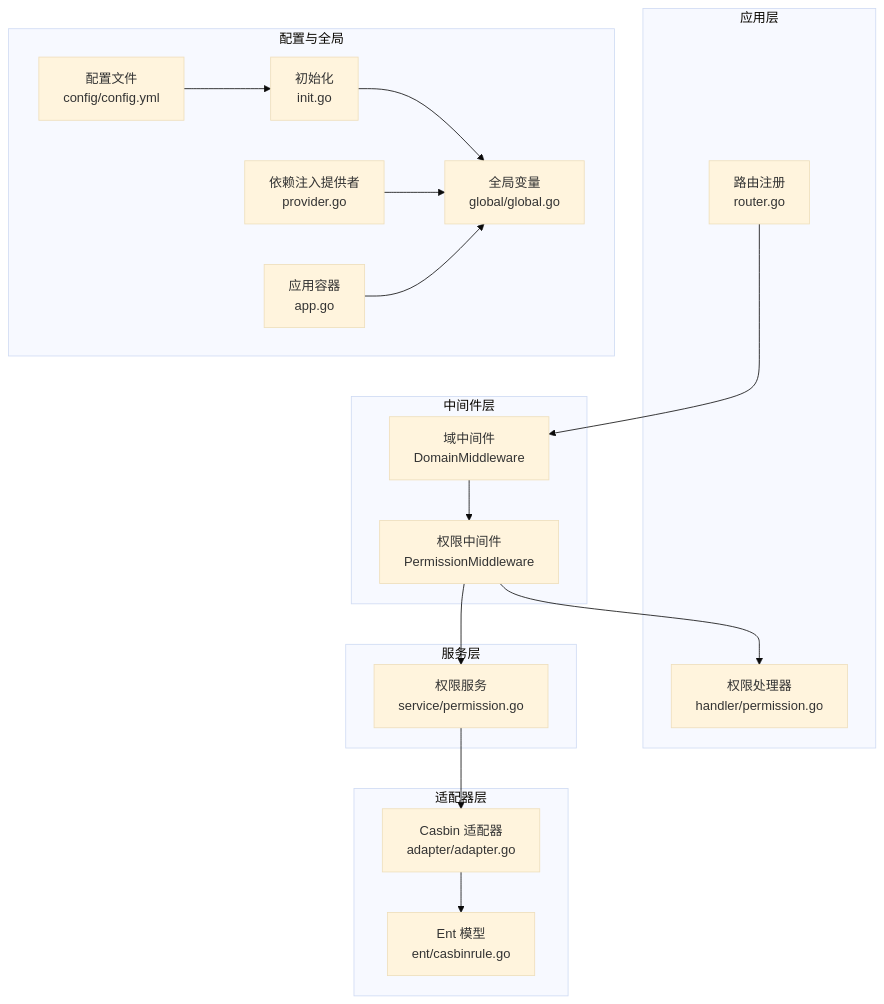
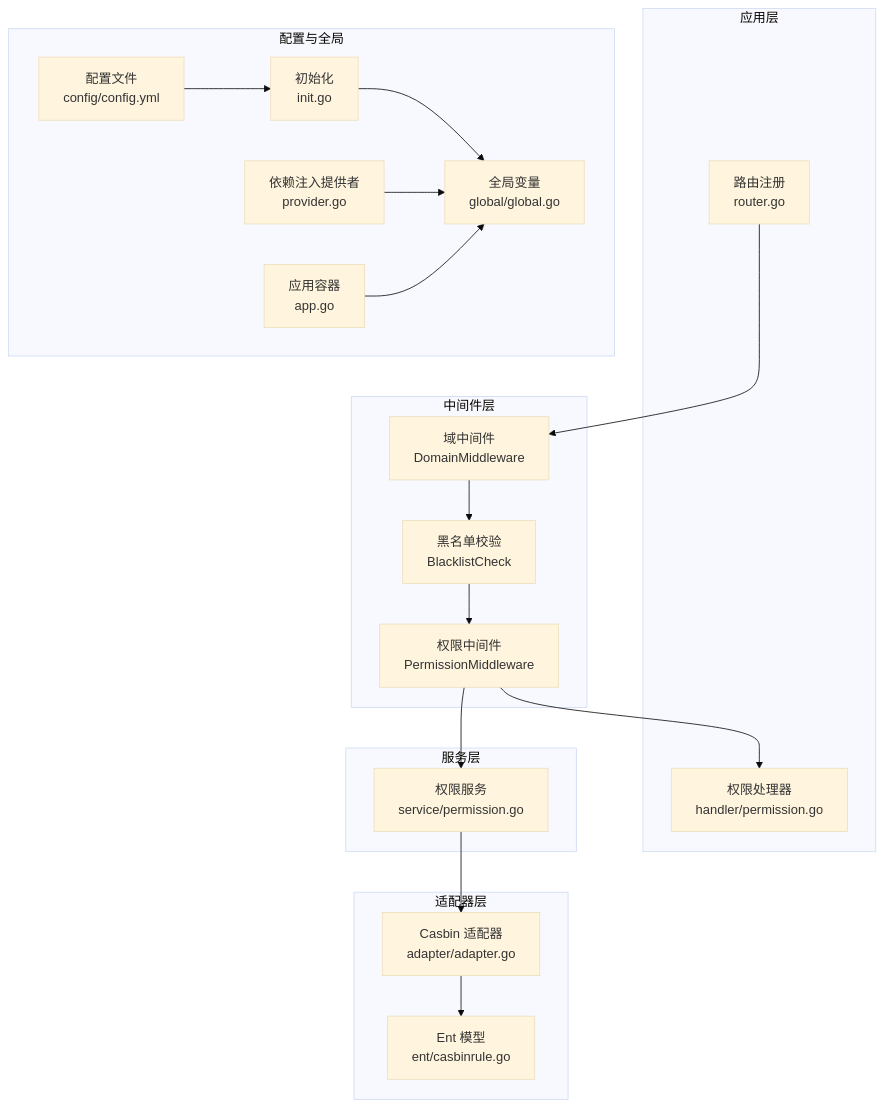
The first of 8 diagrams in .qoder/repowiki/zh/content/中间件系统/权限验证中间件.md (wuwuseo/e-sports-go-admin), drawn with Mermaid (base theme) before and after one commit. The commit also changed other lines of this file and 42 other files, not shown here.

````diff
--- a/.qoder/repowiki/zh/content/中间件系统/权限验证中间件.md
+++ b/.qoder/repowiki/zh/content/中间件系统/权限验证中间件.md
@@ -44,32 +46,33 @@
 ```mermaid
 graph TB
 subgraph "应用层"
 Router["路由注册<br/>router.go"]
 Handlers["权限处理器<br/>handler/permission.go"]
 end
 subgraph "中间件层"
 DomainMW["域中间件<br/>DomainMiddleware"]
+BlacklistMW["黑名单校验<br/>BlacklistCheck"]
 PermMW["权限中间件<br/>PermissionMiddleware"]
 end
 subgraph "服务层"
 PermSvc["权限服务<br/>service/permission.go"]
 end
 subgraph "适配器层"
 Adapter["Casbin 适配器<br/>adapter/adapter.go"]
 Model["Ent 模型<br/>ent/casbinrule.go"]
 end
 subgraph "配置与全局"
 Config["配置文件<br/>config/config.yml"]
 Global["全局变量<br/>global/global.go"]
 Init["初始化<br/>init.go"]
 Provider["依赖注入提供者<br/>provider.go"]
 App["应用容器<br/>app.go"]
 end
-Router --> DomainMW --> PermMW --> Handlers
+Router --> DomainMW --> BlacklistMW --> PermMW --> Handlers
 PermMW --> PermSvc
 PermSvc --> Adapter
 Adapter --> Model
 Config --> Init --> Global
 Provider --> Global
 App --> Global
 ```
````
